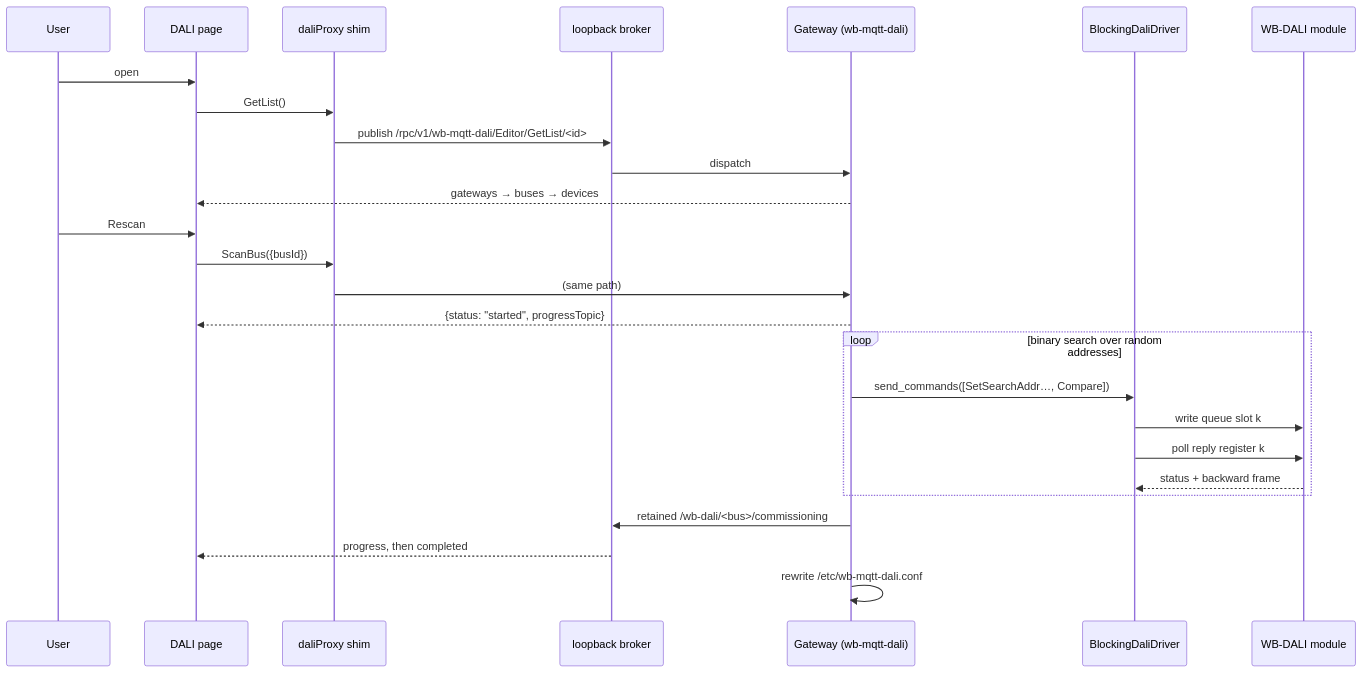
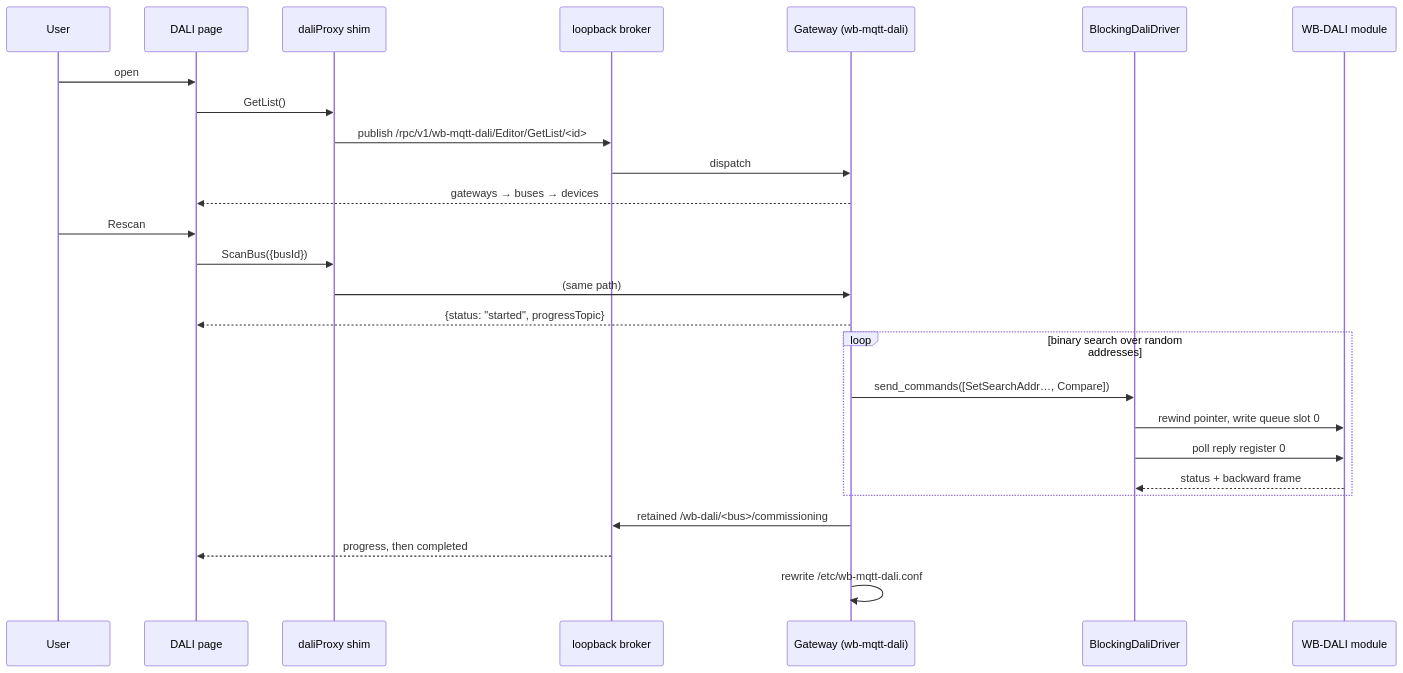
One commit to wirenboard/wb-wasm-device-editor changed the second of 2 diagrams in architecture/dali-in-the-browser.md. Above: the diagram before and after it, drawn with Mermaid. The commit also changed other lines of this file and 5 other files, not shown here.

````diff
--- a/architecture/dali-in-the-browser.md
+++ b/architecture/dali-in-the-browser.md
@@ -253,32 +280,32 @@
 ```mermaid
 sequenceDiagram
     participant User
     participant Page as DALI page
     participant Proxy as daliProxy shim
     participant Broker as loopback broker
     participant GW as Gateway (wb-mqtt-dali)
     participant Drv as BlockingDaliDriver
     participant Mod as WB-DALI module
 
     User->>Page: open #dali
     Page->>Proxy: GetList()
     Proxy->>Broker: publish /rpc/v1/wb-mqtt-dali/Editor/GetList/<id>
     Broker->>GW: dispatch
     GW-->>Page: gateways → buses → devices
 
     User->>Page: Rescan
     Page->>Proxy: ScanBus({busId})
     Proxy->>GW: (same path)
     GW-->>Page: {status: "started", progressTopic}
 
     loop binary search over random addresses
         GW->>Drv: send_commands([SetSearchAddr…, Compare])
-        Drv->>Mod: write queue slot k
-        Drv->>Mod: poll reply register k
+        Drv->>Mod: rewind pointer, write queue slot 0
+        Drv->>Mod: poll reply register 0
         Mod-->>Drv: status + backward frame
     end
 
     GW->>Broker: retained /wb-dali/<bus>/commissioning
     Broker-->>Page: progress, then completed
     GW->>GW: rewrite /etc/wb-mqtt-dali.conf
 ```
````
